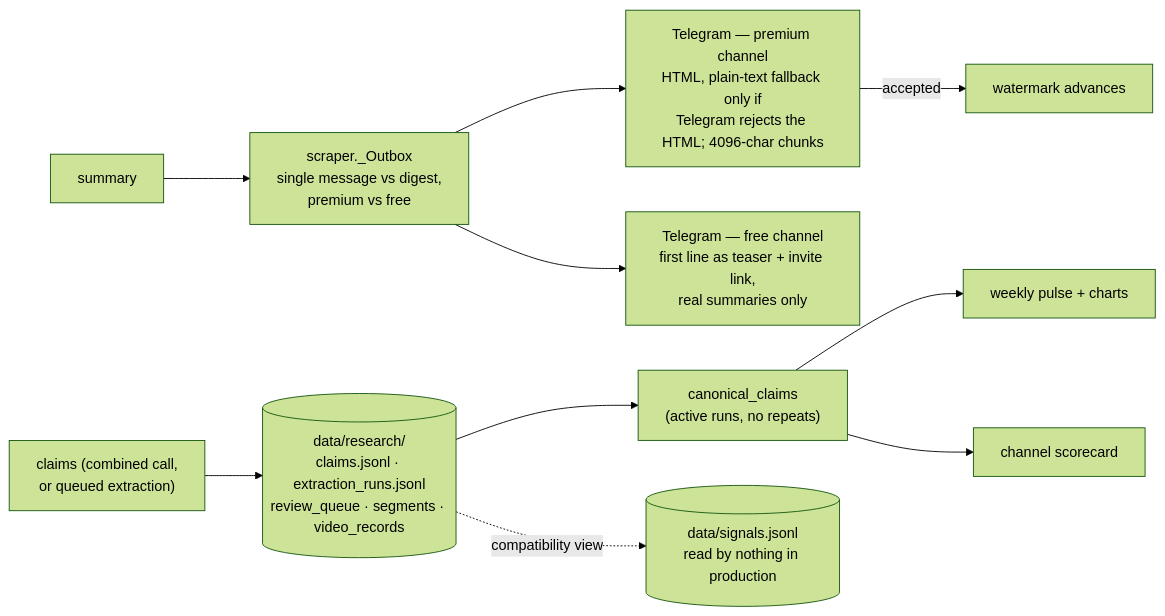
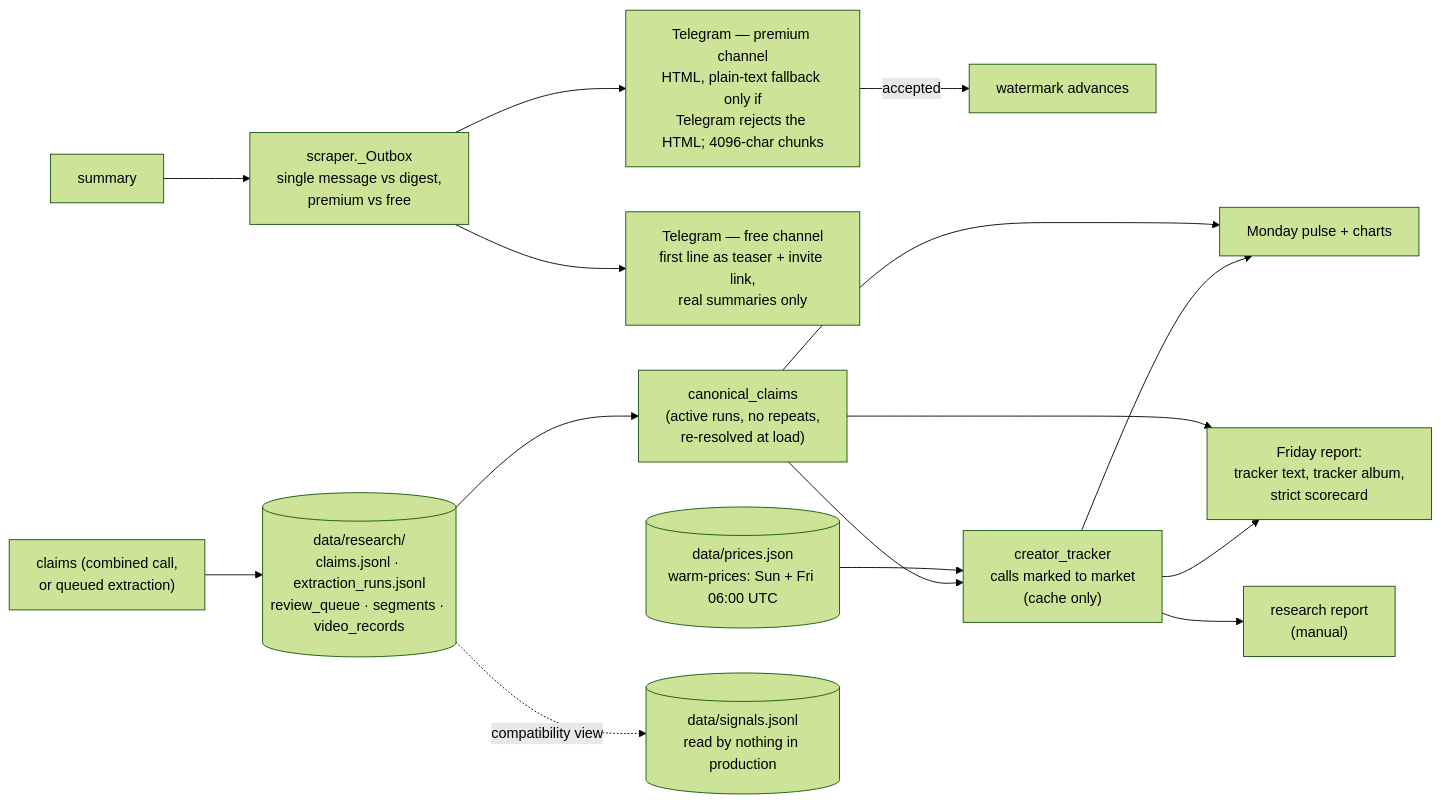
Before and after one commit to Oussamawork/YouTubeAutoSummarizer: the fourth of 4 diagrams in docs/architecture.md, drawn with Mermaid (forest theme). The commit also changed other lines of this file and 31 other files, not shown here.

````diff
--- a/docs/architecture.md
+++ b/docs/architecture.md
@@ -328,12 +328,17 @@
 ```mermaid
 flowchart LR
     SUM["summary"] --> OB["scraper._Outbox<br/>single message vs digest,<br/>premium vs free"]
     OB --> P["Telegram — premium channel<br/>HTML, plain-text fallback only if<br/>Telegram rejects the HTML; 4096-char chunks"]
     OB --> F["Telegram — free channel<br/>first line as teaser + invite link,<br/>real summaries only"]
     P -->|"accepted"| W["watermark advances"]
     CL["claims (combined call,<br/>or queued extraction)"] --> RS[("data/research/<br/>claims.jsonl · extraction_runs.jsonl<br/>review_queue · segments · video_records")]
-    RS --> CC["canonical_claims<br/>(active runs, no repeats)"]
-    CC --> W1["weekly pulse + charts"]
-    CC --> W2["channel scorecard"]
+    RS --> CC["canonical_claims<br/>(active runs, no repeats,<br/>re-resolved at load)"]
+    CC --> CT["creator_tracker<br/>calls marked to market<br/>(cache only)"]
+    PC[("data/prices.json<br/>warm-prices: Sun + Fri 06:00 UTC")] --> CT
+    CT --> W1["Monday pulse + charts"]
+    CT --> W2["Friday report:<br/>tracker text, tracker album,<br/>strict scorecard"]
+    CC --> W1
+    CC --> W2
+    CT --> W3["research report<br/>(manual)"]
     RS -.->|"compatibility view"| SJ[("data/signals.jsonl<br/>read by nothing in production")]
 ```
````
